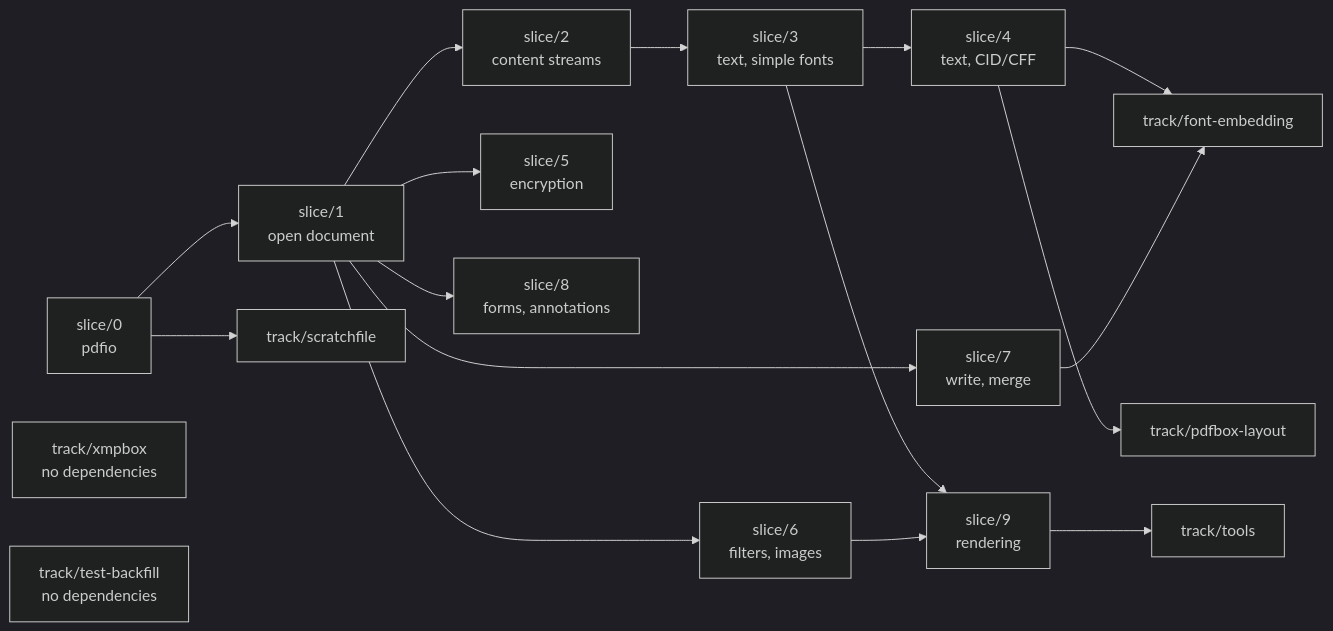
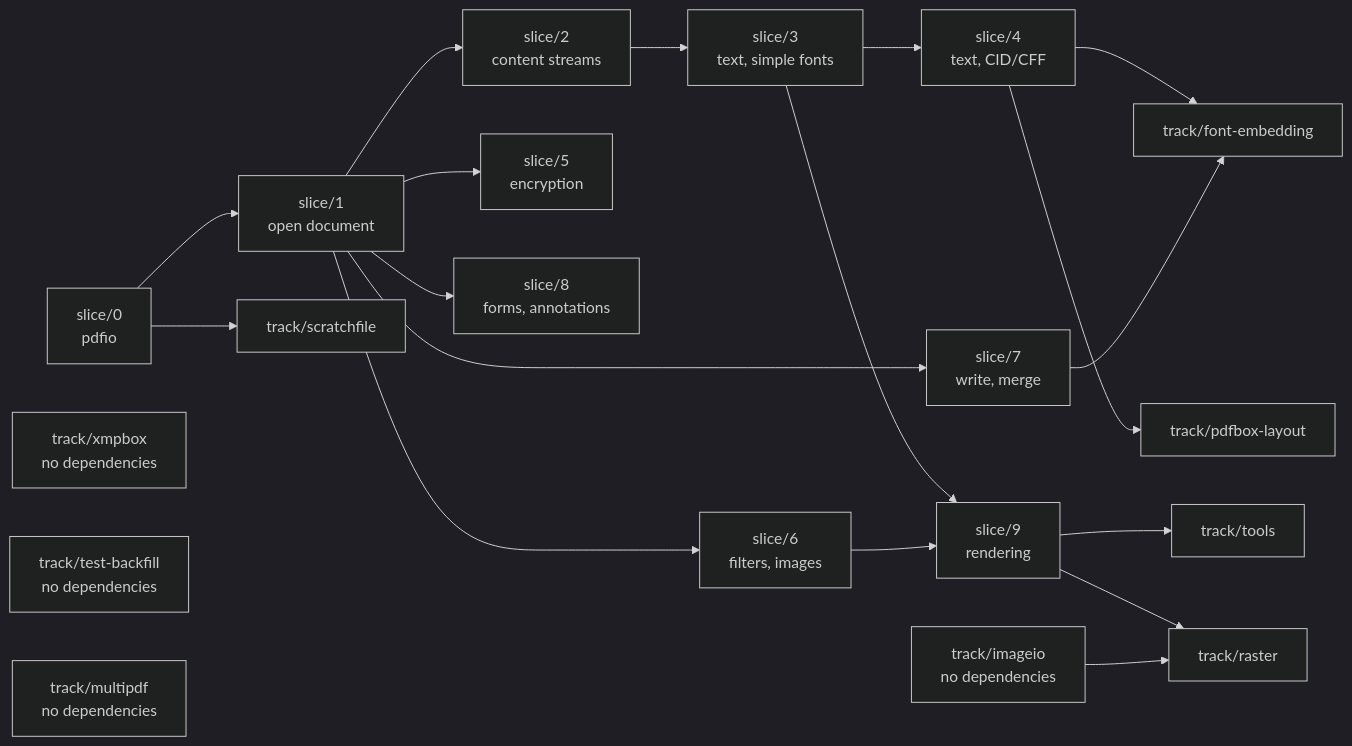
Before and after one commit to shinguakira/pdfbox-go: the first of 2 diagrams in go/migration/BRANCHING.md, drawn with Mermaid (dark theme). The commit also changed other lines of this file and 7 other files, not shown here.

````diff
--- a/go/migration/BRANCHING.md
+++ b/go/migration/BRANCHING.md
@@ -55,20 +55,24 @@
 ```mermaid
 graph LR
   S0["slice/0<br/>pdfio"] --> S1["slice/1<br/>open document"]
   S1 --> S2["slice/2<br/>content streams"]
   S2 --> S3["slice/3<br/>text, simple fonts"]
   S3 --> S4["slice/4<br/>text, CID/CFF"]
   S1 --> S5["slice/5<br/>encryption"]
   S1 --> S6["slice/6<br/>filters, images"]
   S1 --> S7["slice/7<br/>write, merge"]
   S1 --> S8["slice/8<br/>forms, annotations"]
   S3 --> S9["slice/9<br/>rendering"]
   S6 --> S9
   X["track/xmpbox<br/>no dependencies"]
   S0 --> TS["track/scratchfile"]
   S4 --> TF["track/font-embedding"]
   S7 --> TF
   S4 --> TL["track/pdfbox-layout"]
   S9 --> TT["track/tools"]
   TB["track/test-backfill<br/>no dependencies"]
+  TI["track/imageio<br/>no dependencies"]
+  TM["track/multipdf<br/>no dependencies"]
+  S9 --> TR["track/raster"]
+  TI --> TR
 ```
````
